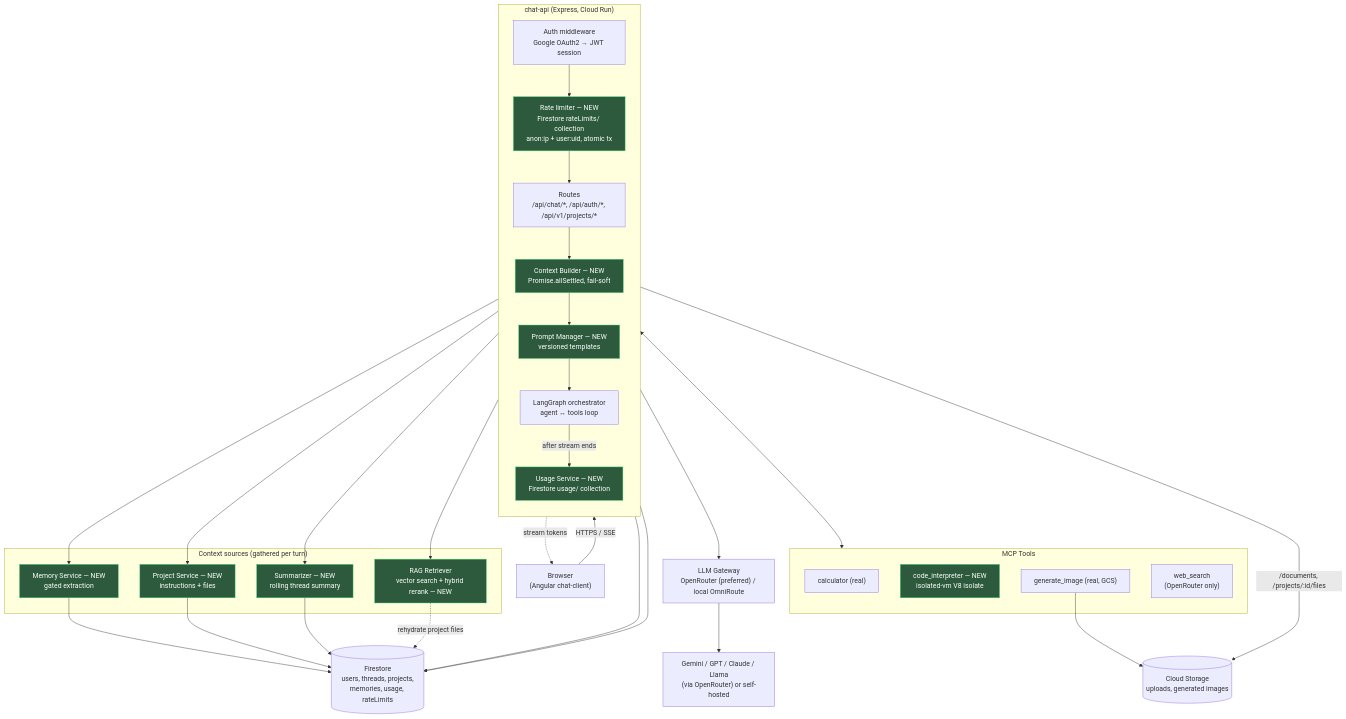
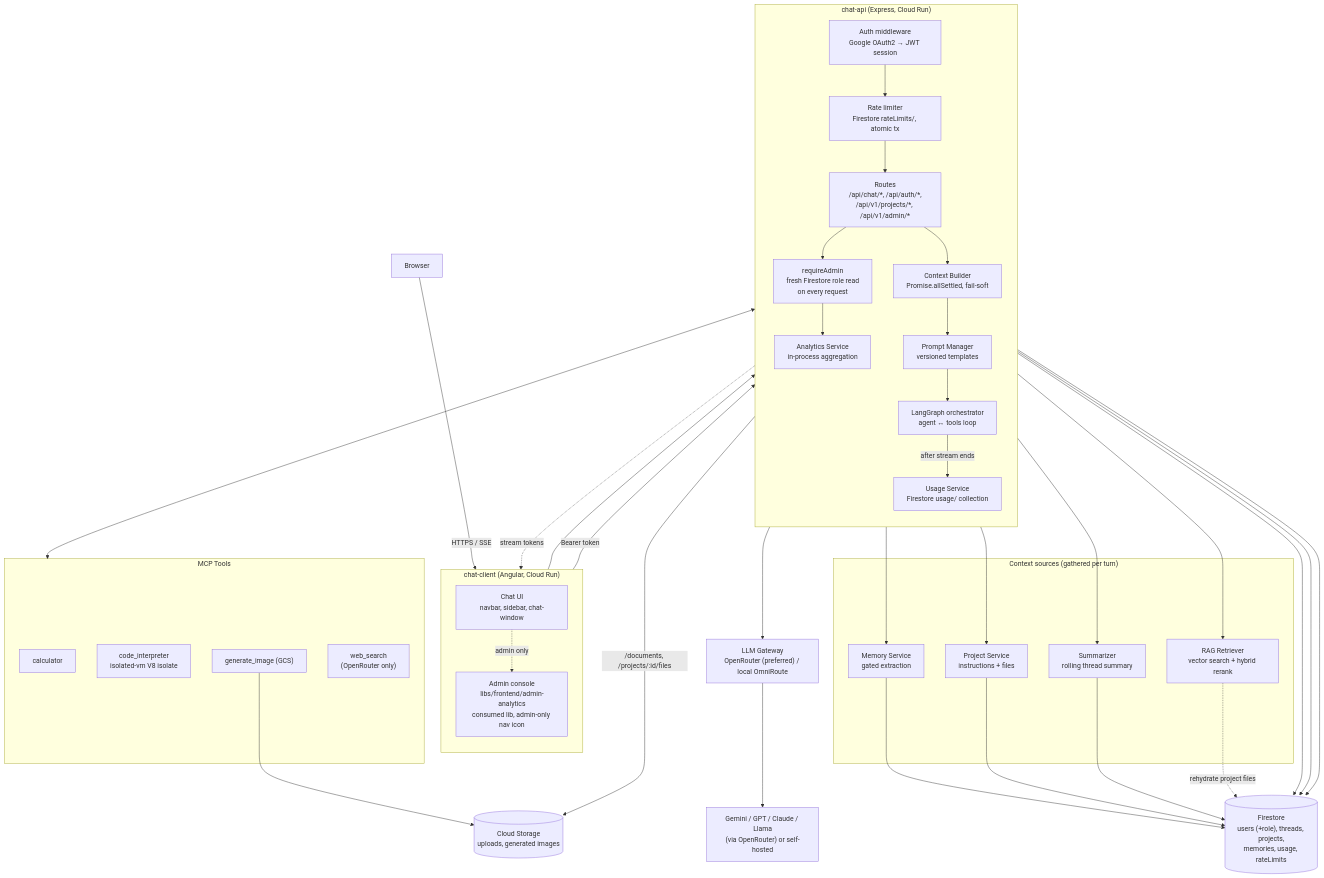
The first of 7 diagrams in architecture.md (Shrikant92Bhatt/chat-bot), drawn with Mermaid before and after one commit. The commit also changed other lines of this file and 3 other files, not shown here.

````diff
--- a/architecture.md
+++ b/architecture.md
@@ -13,53 +10,62 @@
 ```mermaid
 flowchart TB
-    User["Browser<br/>(Angular chat-client)"]
+    User["Browser"]
+
+    subgraph Client["chat-client (Angular, Cloud Run)"]
+        direction TB
+        ChatUI["Chat UI<br/>navbar, sidebar, chat-window"]
+        AdminLib["Admin console<br/>libs/frontend/admin-analytics<br/>consumed lib, admin-only nav icon"]
+    end
 
     subgraph API["chat-api (Express, Cloud Run)"]
         direction TB
         Auth["Auth middleware<br/>Google OAuth2 → JWT session"]
-        RateLimit["Rate limiter — NEW<br/>Firestore rateLimits/ collection<br/>anon:ip + user:uid, atomic tx"]
-        Routes["Routes<br/>/api/chat/*, /api/auth/*, /api/v1/projects/*"]
-        CtxBuilder["Context Builder — NEW<br/>Promise.allSettled, fail-soft"]
-        PromptMgr["Prompt Manager — NEW<br/>versioned templates"]
+        AdminAuth["requireAdmin<br/>fresh Firestore role read<br/>on every request"]
+        RateLimit["Rate limiter<br/>Firestore rateLimits/, atomic tx"]
+        Routes["Routes<br/>/api/chat/*, /api/auth/*,<br/>/api/v1/projects/*, /api/v1/admin/*"]
+        CtxBuilder["Context Builder<br/>Promise.allSettled, fail-soft"]
+        PromptMgr["Prompt Manager<br/>versioned templates"]
         Graph["LangGraph orchestrator<br/>agent ↔ tools loop"]
-        Usage["Usage Service — NEW<br/>Firestore usage/ collection"]
+        Usage["Usage Service<br/>Firestore usage/ collection"]
+        Analytics["Analytics Service<br/>in-process aggregation"]
     end
 
     subgraph Context["Context sources (gathered per turn)"]
-        RAG["RAG Retriever<br/>vector search + hybrid rerank — NEW"]
-        Memory["Memory Service — NEW<br/>gated extraction"]
-        Projects["Project Service — NEW<br/>instructions + files"]
-        Summary["Summarizer — NEW<br/>rolling thread summary"]
+        RAG["RAG Retriever<br/>vector search + hybrid rerank"]
+        Memory["Memory Service<br/>gated extraction"]
+        Projects["Project Service<br/>instructions + files"]
+        Summary["Summarizer<br/>rolling thread summary"]
     end
 
     subgraph Tools["MCP Tools"]
-        Calc["calculator (real)"]
-        Sandbox["code_interpreter — NEW<br/>isolated-vm V8 isolate"]
-        ImageGen["generate_image (real, GCS)"]
+        Calc["calculator"]
+        Sandbox["code_interpreter<br/>isolated-vm V8 isolate"]
+        ImageGen["generate_image (GCS)"]
         WebSearch["web_search<br/>(OpenRouter only)"]
     end
 
     Gateway["LLM Gateway<br/>OpenRouter (preferred) / local OmniRoute"]
     LLMs["Gemini / GPT / Claude / Llama<br/>(via OpenRouter) or self-hosted"]
 
-    Firestore[("Firestore<br/>users, threads, projects,<br/>memories, usage, rateLimits")]
+    Firestore[("Firestore<br/>users (+role), threads, projects,<br/>memories, usage, rateLimits")]
     GCS[("Cloud Storage<br/>uploads, generated images")]
 
-    User -->|HTTPS / SSE| Auth --> RateLimit --> Routes --> CtxBuilder
+    User -->|HTTPS / SSE| ChatUI
+    ChatUI -.admin only.-> AdminLib
+    ChatUI --> Auth --> RateLimit --> Routes --> CtxBuilder
+    AdminLib -->|Bearer token| Routes
+    Routes --> AdminAuth --> Analytics --> Firestore
     CtxBuilder --> RAG & Memory & Projects & Summary
     CtxBuilder --> PromptMgr --> Graph
     Graph <--> Tools
     Graph --> Gateway --> LLMs
-    Graph -.stream tokens.-> User
+    Graph -.stream tokens.-> ChatUI
     Graph -->|after stream ends| Usage --> Firestore
     RateLimit --> Firestore
     Memory --> Firestore
     Projects --> Firestore
     Summary --> Firestore
     RAG -.rehydrate project files.-> Firestore
     ImageGen --> GCS
     Routes -->|/documents, /projects/:id/files| GCS
-
-    classDef new fill:#2d5a3d,stroke:#4ade80,color:#fff
-    class RateLimit,CtxBuilder,PromptMgr,Usage,RAG,Memory,Projects,Summary,Sandbox new
 ```
````
